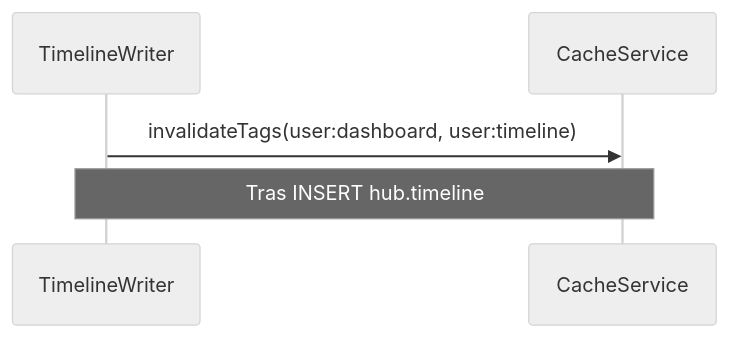
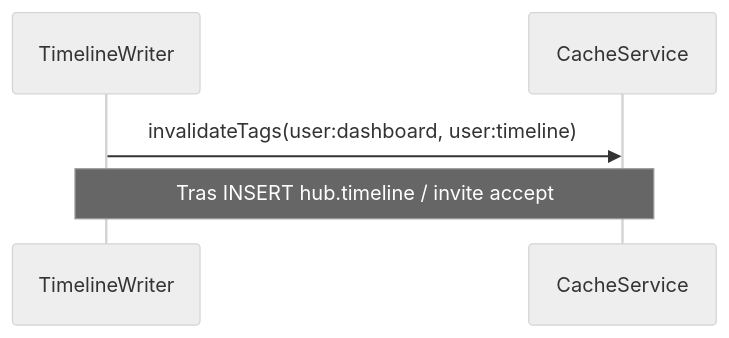
One commit to dakinissystems/dakinis-systems changed diagram 11 of 16 in docs/ARCHITECTURE-IMPROVEMENTS-FEEDBACK-2026-07.md. Above: the diagram before and after it, drawn with Mermaid (neutral theme). The commit also changed other lines of this file and 1 other file, not shown here.

First line of the commit message:
docs: mark architecture A/B and quick wins done in TEMP and ADR

````diff
--- a/docs/ARCHITECTURE-IMPROVEMENTS-FEEDBACK-2026-07.md
+++ b/docs/ARCHITECTURE-IMPROVEMENTS-FEEDBACK-2026-07.md
@@ -334,7 +337,7 @@
 ```mermaid
 sequenceDiagram
   participant T as TimelineWriter
   participant C as CacheService
   T->>C: invalidateTags(user:dashboard, user:timeline)
-  Note over T,C: Tras INSERT hub.timeline
+  Note over T,C: Tras INSERT hub.timeline / invite accept
 ```
````
